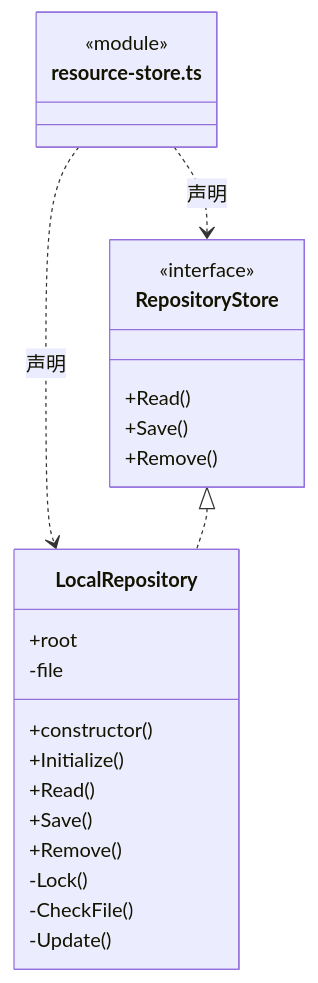
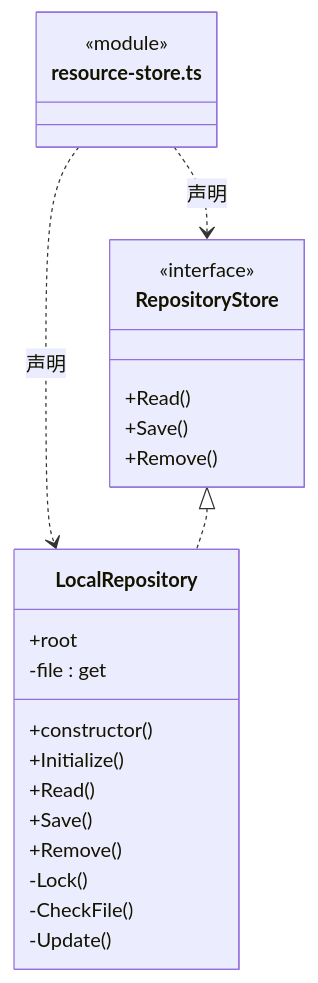
Before and after one commit to nan023062/cbim: the sixth of 8 diagrams in src/logic/resources/service/ARCHITECTURE.md, drawn with Mermaid. The commit also changed other lines of this file and 137 other files, not shown here.

Commit message:
fix: align architecture generator with documentation standards

````diff
--- a/src/logic/resources/service/ARCHITECTURE.md
+++ b/src/logic/resources/service/ARCHITECTURE.md
@@ -194,27 +205,27 @@
 ```mermaid
 classDiagram
 class N_src_logic_resources_service_resource_store_ts["resource-store.ts"] {
   <<module>>
 }
 class N_src_logic_resources_service_resource_store_ts_RepositoryStore["RepositoryStore"] {
   <<interface>>
   +Read()
   +Save()
   +Remove()
 }
 N_src_logic_resources_service_resource_store_ts ..> N_src_logic_resources_service_resource_store_ts_RepositoryStore : 声明
 class N_src_logic_resources_service_resource_store_ts_LocalRepository["LocalRepository"] {
   +root
   +constructor()
   +Initialize()
   +Read()
   +Save()
   +Remove()
-  -file
+  -file : get
   -Lock()
   -CheckFile()
   -Update()
 }
 N_src_logic_resources_service_resource_store_ts ..> N_src_logic_resources_service_resource_store_ts_LocalRepository : 声明
 N_src_logic_resources_service_resource_store_ts_RepositoryStore <|.. N_src_logic_resources_service_resource_store_ts_LocalRepository
 ```
````
